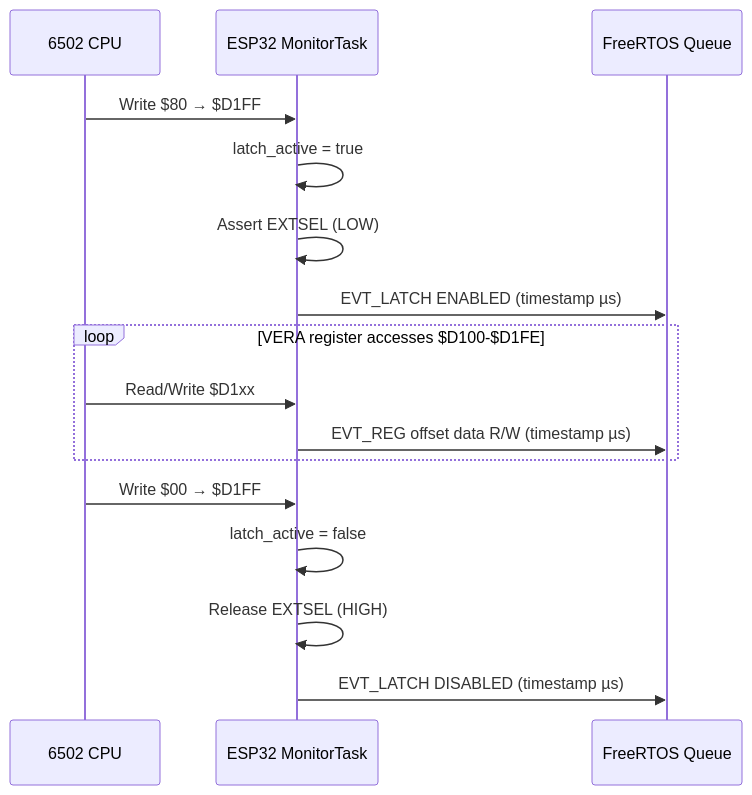
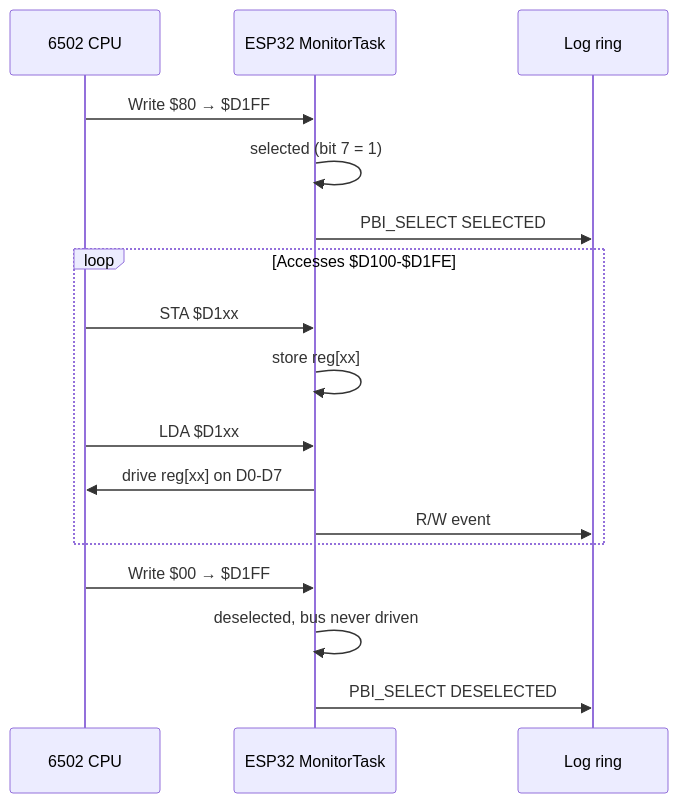
One commit to gianlucarenzi/ESP32-BOBOARD-5V changed the third of 4 diagrams in README_EN.md. Above: the diagram before and after it, drawn with Mermaid. The commit also changed other lines of this file and 2 other files, not shown here.

````diff
--- a/README_EN.md
+++ b/README_EN.md
@@ -373,21 +339,22 @@
 ```mermaid
 sequenceDiagram
     participant CPU as 6502 CPU
     participant ESP as ESP32 MonitorTask
-    participant Q  as FreeRTOS Queue
+    participant L  as Log ring
 
     CPU->>ESP: Write $80 → $D1FF
-    ESP->>ESP: latch_active = true
-    ESP->>ESP: Assert EXTSEL (LOW)
-    ESP->>Q: EVT_LATCH ENABLED (timestamp µs)
+    ESP->>ESP: selected (bit 7 = 1)
+    ESP->>L: PBI_SELECT SELECTED
 
-    loop VERA register accesses $D100-$D1FE
-        CPU->>ESP: Read/Write $D1xx
-        ESP->>Q: EVT_REG offset data R/W (timestamp µs)
+    loop Accesses $D100-$D1FE
+        CPU->>ESP: STA $D1xx
+        ESP->>ESP: store reg[xx]
+        CPU->>ESP: LDA $D1xx
+        ESP->>CPU: drive reg[xx] on D0-D7
+        ESP->>L: R/W event
     end
 
     CPU->>ESP: Write $00 → $D1FF
-    ESP->>ESP: latch_active = false
-    ESP->>ESP: Release EXTSEL (HIGH)
-    ESP->>Q: EVT_LATCH DISABLED (timestamp µs)
+    ESP->>ESP: deselected, bus never driven
+    ESP->>L: PBI_SELECT DESELECTED
 ```
````
